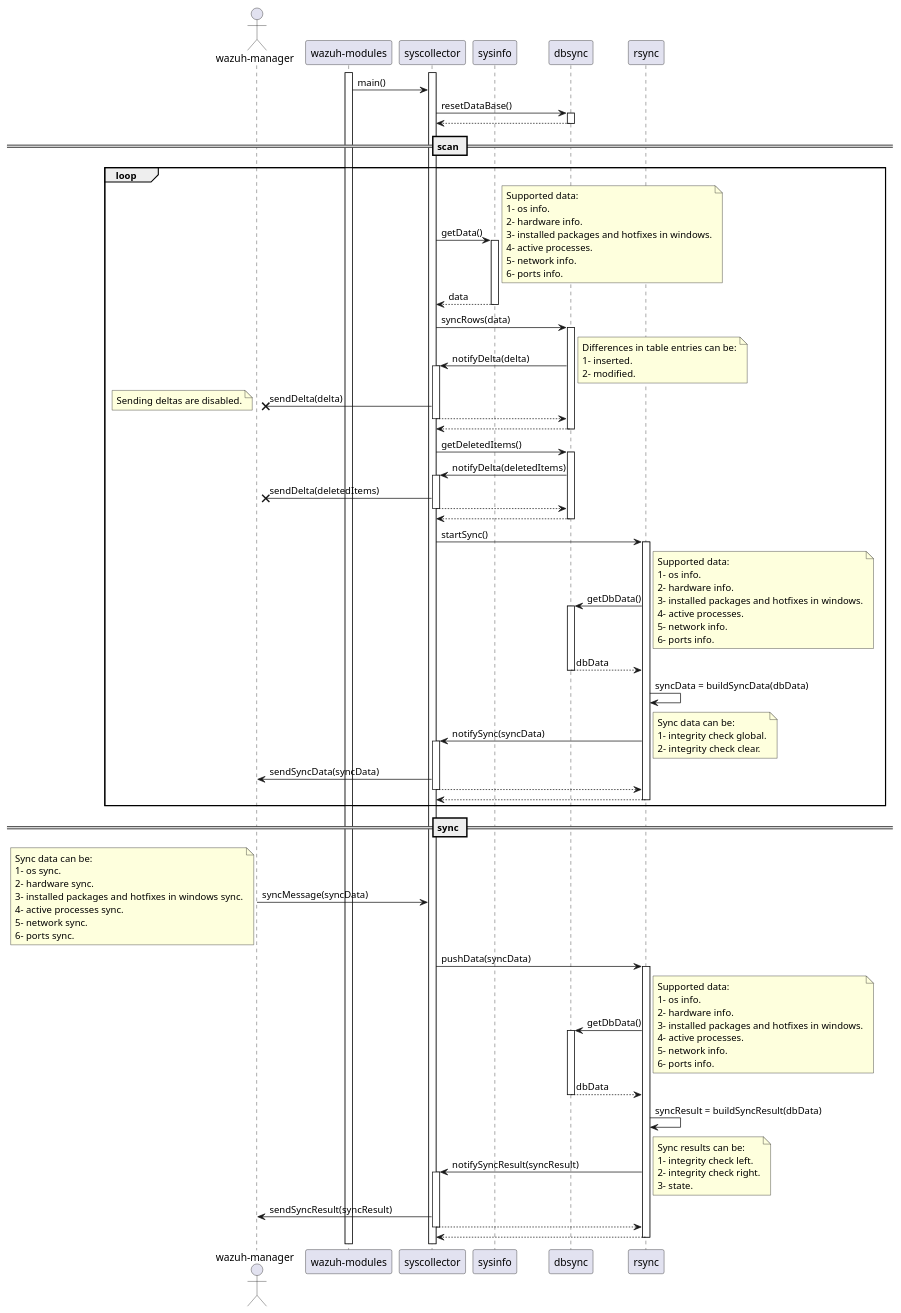
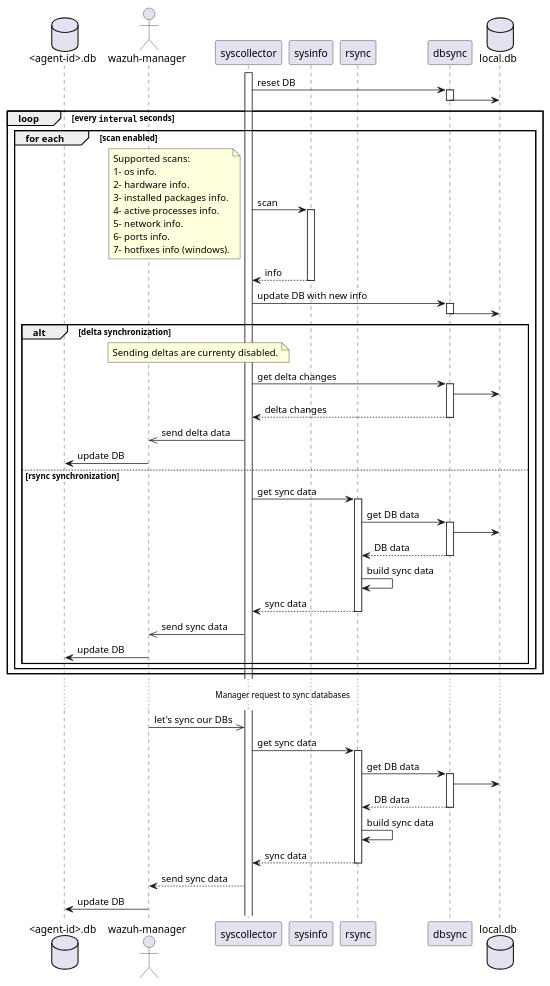
Before and after one commit to wazuh/wazuh-agent: the diagram in architecture/syscollector/002-sequence-syscollector-scan-sync.puml, drawn with PlantUML.

Commit message:
Rework syscollector scan-sync diagram
- Add some entities to better undestunding syscollector goal
- Simplify workflows descriptions to better understanding

```diff
--- a/architecture/syscollector/002-sequence-syscollector-scan-sync.puml
+++ b/architecture/syscollector/002-sequence-syscollector-scan-sync.puml
@@ -5,104 +5,70 @@
-@startuml syscollector-funcionality
+@startuml syscollector-scan-sync
+
+database "<agent-id>.db" as agent.db
 actor "wazuh-manager" as manager
-participant "wazuh-modules" as wmodules
 participant syscollector as sysco
 participant sysinfo as info
+participant rsync
 participant dbsync
-participant rsync
+database local.db as ldb
 
-wmodules++
-sysco++
-wmodules -> sysco : main()
-sysco -> dbsync++ : resetDataBase()
-sysco <-- dbsync--
-== scan ==
-loop 
-sysco -> info++ : getData()
-note right
-Supported data:
-1- os info.
-2- hardware info.
-3- installed packages and hotfixes in windows.
-4- active processes.
-5- network info.
-6- ports info.
-end note
-sysco <-- info-- : data
-sysco -> dbsync++ : syncRows(data)
-dbsync -> sysco++ : notifyDelta(delta)
-note right
-Differences in table entries can be:
-1- inserted.
-2- modified.
-end note
-sysco ->X manager : sendDelta(delta)
-note left
-Sending deltas are disabled.
-end note
-sysco --> dbsync
-sysco--
-sysco <-- dbsync--
-sysco -> dbsync++ : getDeletedItems()
-dbsync -> sysco++ : notifyDelta(deletedItems)
-sysco ->X manager : sendDelta(deletedItems)
-dbsync <-- sysco--
-sysco <-- dbsync--
+activate sysco
 
-sysco -> rsync++ : startSync()
-rsync -> dbsync++ : getDbData()
-note right
-Supported data:
-1- os info.
-2- hardware info.
-3- installed packages and hotfixes in windows.
-4- active processes.
-5- network info.
-6- ports info.
-end note
-rsync <-- dbsync-- : dbData
-rsync -> rsync : syncData = buildSyncData(dbData)
-rsync -> sysco++ : notifySync(syncData)
-note right
-Sync data can be:
-1- integrity check global.
-2- integrity check clear.
-end note
-sysco -> manager : sendSyncData(syncData)
-rsync <-- sysco--
-sysco <-- rsync--
+sysco -> dbsync ++: reset DB
+dbsync -> ldb --
+
+loop every ""interval"" seconds
+
+    group for each [scan enabled]
+        sysco -> info ++: scan
+        note left
+            Supported scans:
+            1- os info.
+            2- hardware info.
+            3- installed packages info.
+            4- active processes info.
+            5- network info.
+            6- ports info.
+            7- hotfixes info (windows).
+        end note
+        sysco <-- info --: info
+        sysco -> dbsync++ : update DB with new info
+        dbsync -> ldb
+        dbsync--
+        alt delta synchronization
+            note over manager, sysco
+                Sending deltas are currenty disabled.
+            end note
+            sysco -> dbsync++: get delta changes
+            dbsync -> ldb
+            dbsync --> sysco --: delta changes
+            sysco ->> manager : send delta data
+            manager -> agent.db: update DB
+
+        else rsync synchronization
+
+            sysco -> rsync++ : get sync data
+            rsync -> dbsync++ : get DB data
+            dbsync -> ldb
+            rsync <-- dbsync-- : DB data
+            rsync -> rsync : build sync data
+            rsync --> sysco --: sync data
+            sysco ->> manager : send sync data
+            manager -> agent.db: update DB
+        end
+    end
 end
-== sync ==
-manager -> sysco : syncMessage(syncData)
-note left
-Sync data can be:
-1- os sync.
-2- hardware sync.
-3- installed packages and hotfixes in windows sync.
-4- active processes sync.
-5- network sync.
-6- ports sync.
-end note
-sysco -> rsync++ : pushData(syncData)
-rsync -> dbsync++ : getDbData()
-note right
-Supported data:
-1- os info.
-2- hardware info.
-3- installed packages and hotfixes in windows.
-4- active processes.
-5- network info.
-6- ports info.
-end note
-rsync <-- dbsync-- : dbData
-rsync -> rsync : syncResult = buildSyncResult(dbData)
-rsync -> sysco++ : notifySyncResult(syncResult)
-note right
-Sync results can be:
-1- integrity check left.
-2- integrity check right.
-3- state.
-end note
-sysco -> manager : sendSyncResult(syncResult)
-rsync <-- sysco--
-sysco <-- rsync--
+
+... Manager request to sync databases ...
+
+manager ->> sysco : let's sync our DBs
+sysco -> rsync++ : get sync data
+rsync -> dbsync++ : get DB data
+dbsync -> ldb
+rsync <-- dbsync-- : DB data
+rsync -> rsync : build sync data
+rsync --> sysco --: sync data
+sysco --> manager : send sync data
+manager -> agent.db: update DB
+
 @enduml
```
